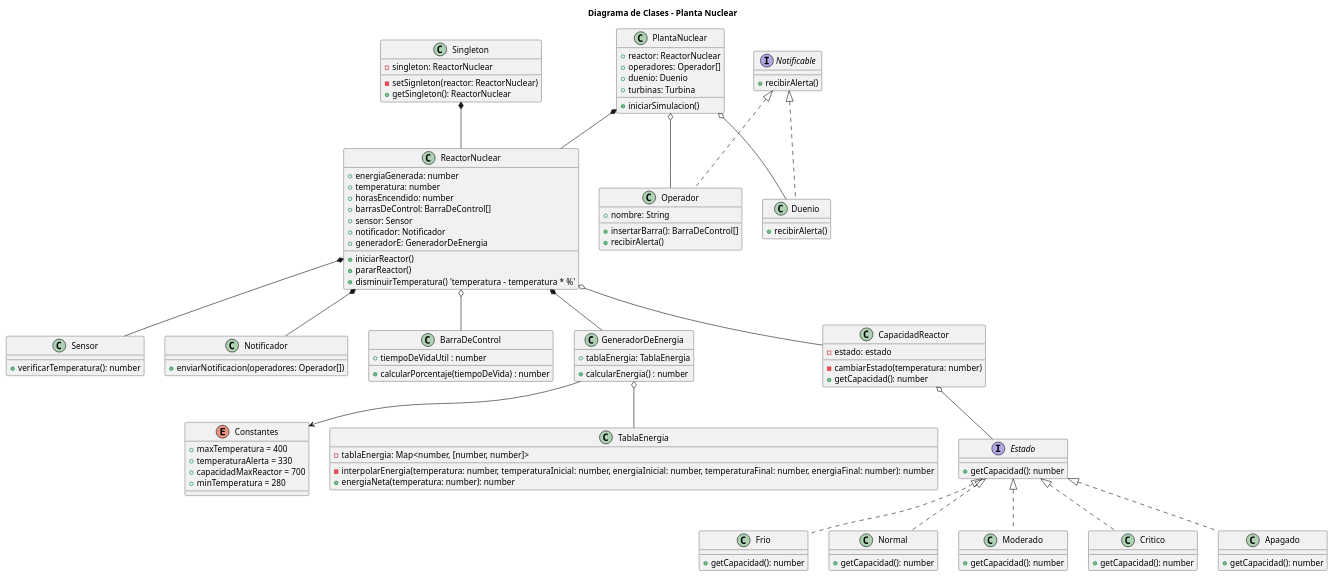
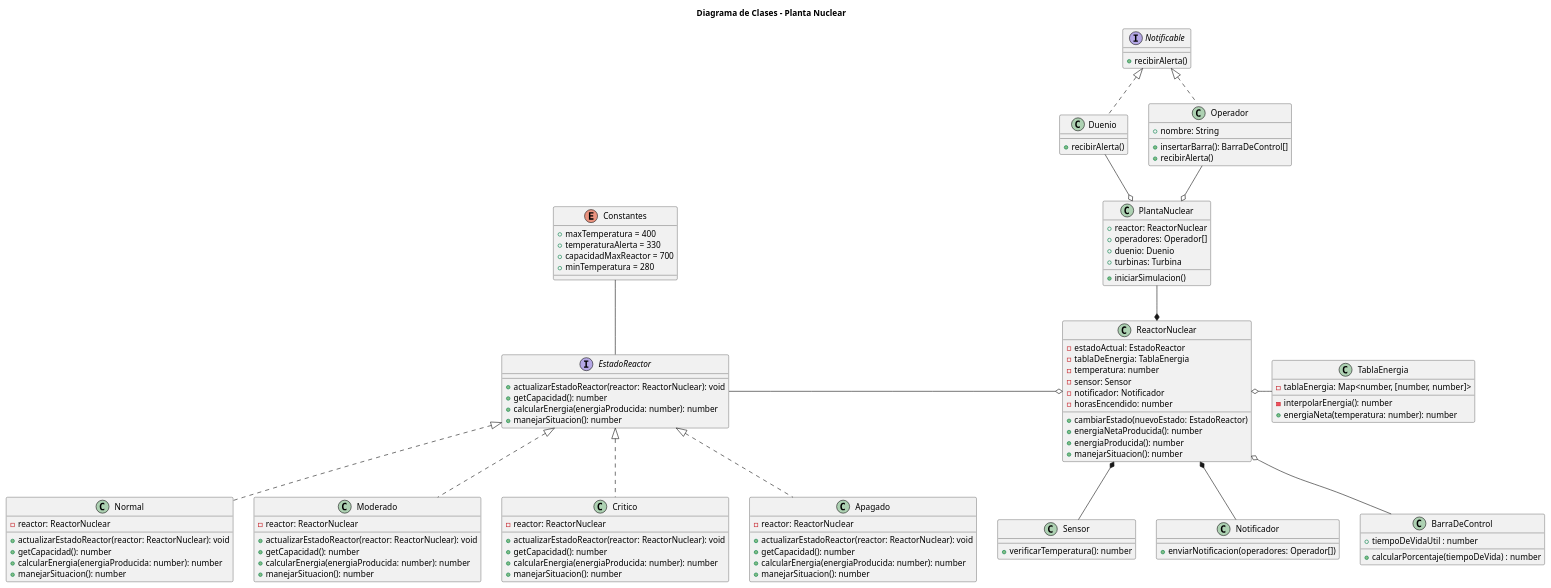
The diagram in src/diagramas/diagrama_de_clases_principal.puml (AndresRabbione/TPBackup), drawn with PlantUML before and after one commit. The commit also changed 7 other files, not shown here.

Commit message:
Implementación de los estados y actualización del diagrama

```diff
--- a/src/diagramas/diagrama_de_clases_principal.puml
+++ b/src/diagramas/diagrama_de_clases_principal.puml
@@ -1,140 +1,138 @@
 @startuml Planta Nuclear
 title Diagrama de Clases - Planta Nuclear
-
-class Singleton {
-    - singleton: ReactorNuclear
-
-    - setSignleton(reactor: ReactorNuclear)
-    + getSingleton(): ReactorNuclear
-}
 
 interface Notificable {
     + recibirAlerta()
 }
 
 class Duenio implements Notificable {
     + recibirAlerta()
 }
 
 class Operador implements Notificable {
     + nombre: String
 
     + insertarBarra(): BarraDeControl[]
     + recibirAlerta()
 }
 
 'class RegistroDeInformacion {}
 
 class PlantaNuclear {
     + reactor: ReactorNuclear
     + operadores: Operador[]
     + duenio: Duenio
     + turbinas: Turbina
 
     + iniciarSimulacion()
 }
 
-'singleton
 class ReactorNuclear {
-    + energiaGenerada: number
-    + temperatura: number
-    + horasEncendido: number
-    + barrasDeControl: BarraDeControl[]
-    + sensor: Sensor
-    + notificador: Notificador
-    + generadorE: GeneradorDeEnergia
+    - estadoActual: EstadoReactor
+    - tablaDeEnergia: TablaEnergia
+    - temperatura: number
+    - sensor: Sensor
+    - notificador: Notificador
+    - horasEncendido: number
 
-    + iniciarReactor()
-    + pararReactor()
-    + disminuirTemperatura() 'temperatura - temperatura * %'
+    + cambiarEstado(nuevoEstado: EstadoReactor)
+    + energiaNetaProducida(): number
+    + energiaProducida(): number
+    + manejarSituacion(): number
+
+    '+ barrasDeControl: BarraDeControl[]
+    '+ iniciarReactor()
+    '+ pararReactor()
+    '+ disminuirTemperatura() 'temperatura - temperatura * %'
 }
 
 class Sensor {
     + verificarTemperatura(): number
 }
 
 class Notificador {
     + enviarNotificacion(operadores: Operador[])
 }
 
 'operador.recibir(reactor)
 
 class BarraDeControl {
     + tiempoDeVidaUtil : number
     
     + calcularPorcentaje(tiempoDeVida) : number
 }
 
-class GeneradorDeEnergia {
-    + tablaEnergia: TablaEnergia
-    
-    + calcularEnergia() : number
-}
-
 class TablaEnergia {
     - tablaEnergia: Map<number, [number, number]>
 
-    - interpolarEnergia(temperatura: number, temperaturaInicial: number, energiaInicial: number, temperaturaFinal: number, energiaFinal: number): number
+    - interpolarEnergia(): number
     + energiaNeta(temperatura: number): number
 }
 
-class CapacidadReactor {
-    - estado: estado
-
-    - cambiarEstado(temperatura: number)
+Interface EstadoReactor {
+    + actualizarEstadoReactor(reactor: ReactorNuclear): void
     + getCapacidad(): number
+    + calcularEnergia(energiaProducida: number): number
+    + manejarSituacion(): number
 }
 
-Interface Estado {
+'class Frio implements Estado {
+    '+ getCapacidad(): number
+'}
+
+class Normal implements EstadoReactor {
+    - reactor: ReactorNuclear
+    + actualizarEstadoReactor(reactor: ReactorNuclear): void
     + getCapacidad(): number
+    + calcularEnergia(energiaProducida: number): number
+    + manejarSituacion(): number
 }
 
-class Frio implements Estado {
+class Moderado implements EstadoReactor {
+    - reactor: ReactorNuclear
+    + actualizarEstadoReactor(reactor: ReactorNuclear): void
     + getCapacidad(): number
+    + calcularEnergia(energiaProducida: number): number
+    + manejarSituacion(): number
 }
 
-class Normal implements Estado {
+class Critico implements EstadoReactor {
+    - reactor: ReactorNuclear
+    + actualizarEstadoReactor(reactor: ReactorNuclear): void
     + getCapacidad(): number
+    + calcularEnergia(energiaProducida: number): number
+    + manejarSituacion(): number
 }
 
-class Moderado implements Estado {
+class Apagado implements EstadoReactor {
+    - reactor: ReactorNuclear
+    + actualizarEstadoReactor(reactor: ReactorNuclear): void
     + getCapacidad(): number
-}
-
-class Critico implements Estado {
-    + getCapacidad(): number
-}
-
-class Apagado implements Estado {
-    + getCapacidad(): number
+    + calcularEnergia(energiaProducida: number): number
+    + manejarSituacion(): number
 }
 
 enum Constantes {
     + maxTemperatura = 400
     + temperaturaAlerta = 330
     + capacidadMaxReactor = 700
     + minTemperatura = 280
 }
 
-PlantaNuclear o-- Operador
-PlantaNuclear o-- Duenio
-PlantaNuclear *-- ReactorNuclear
+PlantaNuclear o-u- Operador
+PlantaNuclear o-l- Duenio
 
+ReactorNuclear *-u- PlantaNuclear
 ReactorNuclear *-- Sensor
 ReactorNuclear *-- Notificador
-ReactorNuclear *-- GeneradorDeEnergia
 ReactorNuclear o-- BarraDeControl
-ReactorNuclear o-- CapacidadReactor
+ReactorNuclear o-l- EstadoReactor
+ReactorNuclear o-r- TablaEnergia
 
-CapacidadReactor o-- Estado
+Constantes -- EstadoReactor
 
-GeneradorDeEnergia o-- TablaEnergia
-
-GeneradorDeEnergia --> Constantes
-
-Singleton *-- ReactorNuclear
 
 'Preguntas: ¿Como aumenta la temperatura del reactor? ¿Sola? ¿Lo simulamos?
 'Como delegamos las responsabilidades de los Operadores
 
 @enduml
```
